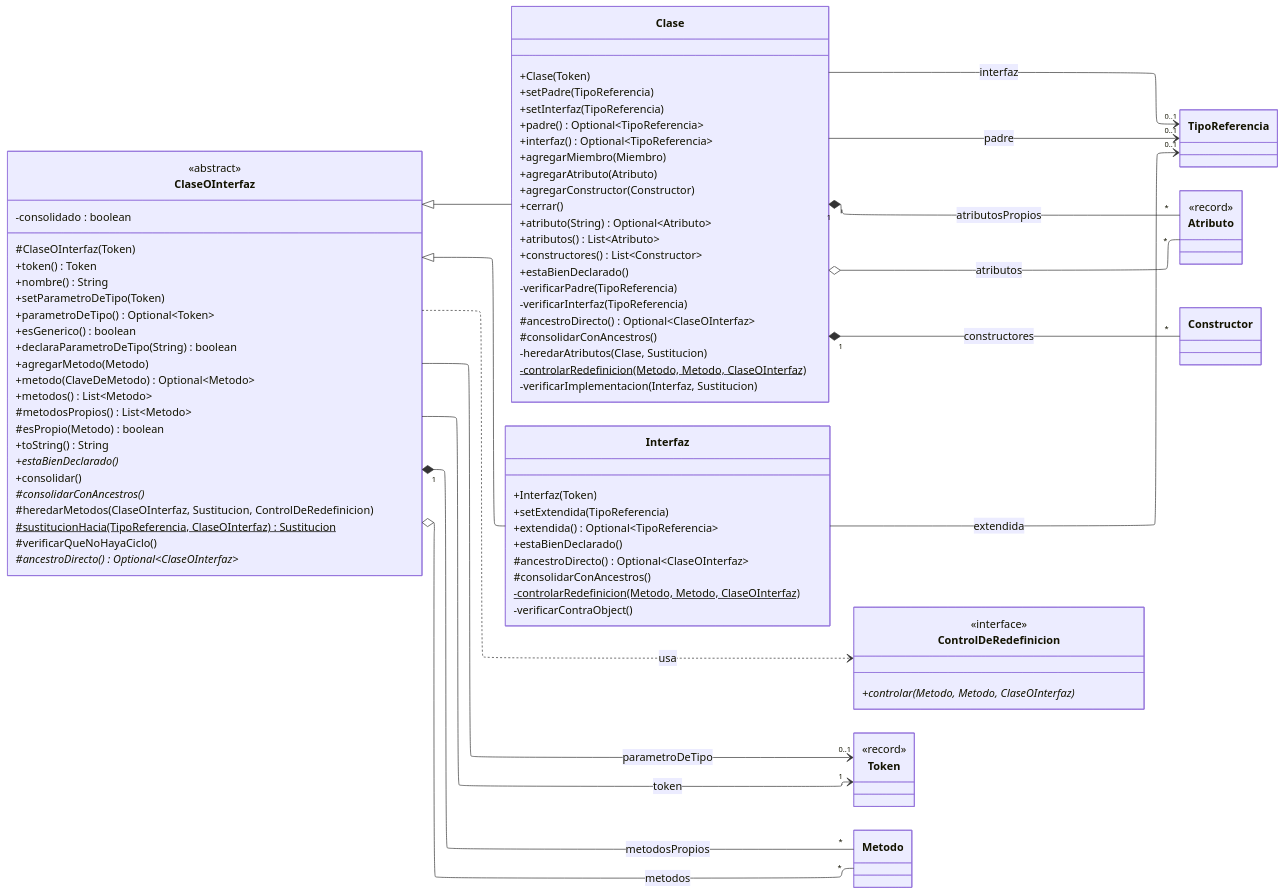
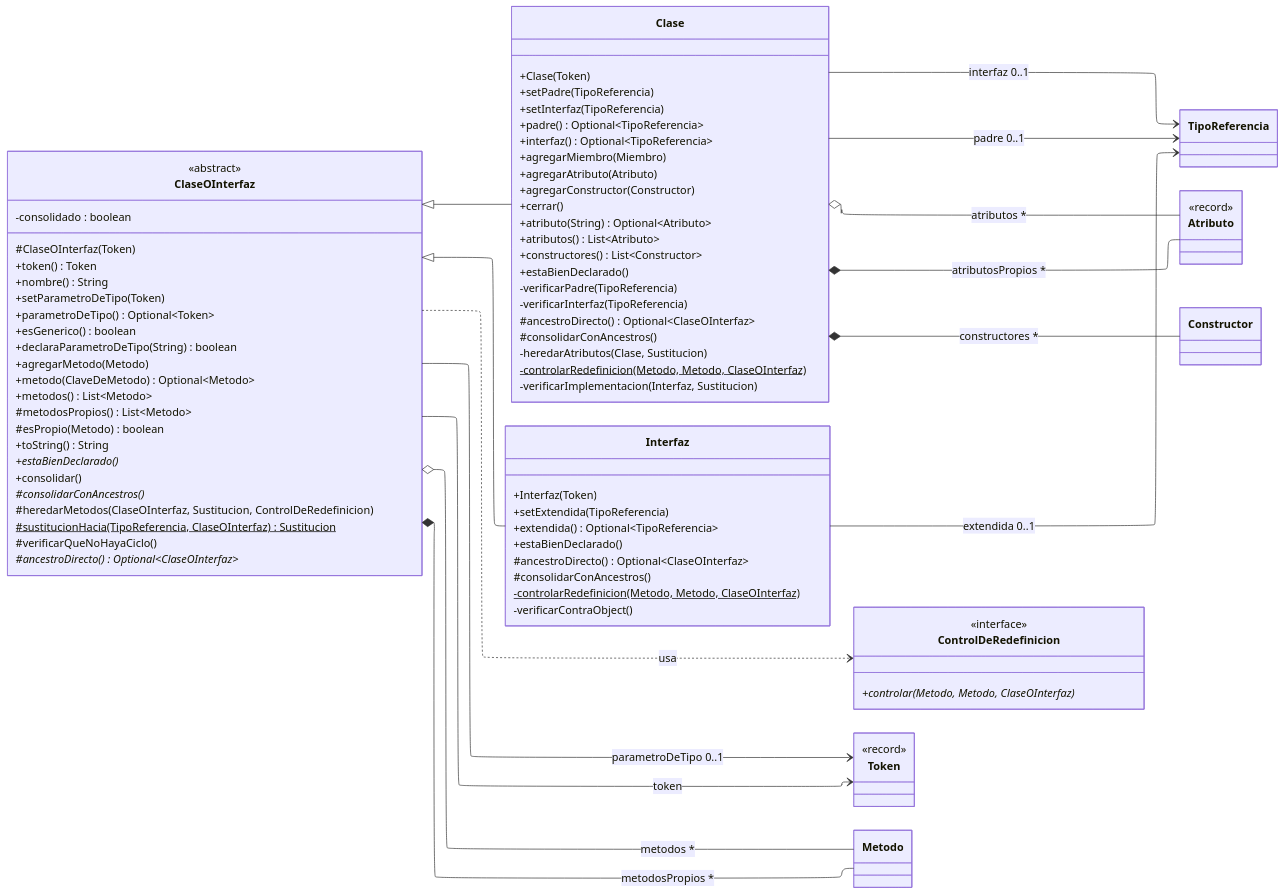
One commit to agustinpaul0/Proyecto-CEI changed the third of 5 diagrams in documentacion/semantico/arquitectura-del-analizador-semantico.md. Above: the diagram before and after it, drawn with Mermaid. The commit also changed other lines of this file and 8 other files, not shown here.

````diff
--- a/documentacion/semantico/arquitectura-del-analizador-semantico.md
+++ b/documentacion/semantico/arquitectura-del-analizador-semantico.md
@@ -207,14 +208,14 @@
     ClaseOInterfaz <|-- Clase
     ClaseOInterfaz <|-- Interfaz
     ClaseOInterfaz ..> ControlDeRedefinicion : usa
-    ClaseOInterfaz --> "1" Token : token
-    ClaseOInterfaz --> "0..1" Token : parametroDeTipo
-    ClaseOInterfaz "1" *-- "*" Metodo : metodosPropios
-    ClaseOInterfaz o-- "*" Metodo : metodos
-    Clase --> "0..1" TipoReferencia : padre
-    Clase --> "0..1" TipoReferencia : interfaz
-    Clase "1" *-- "*" Atributo : atributosPropios
-    Clase o-- "*" Atributo : atributos
-    Clase "1" *-- "*" Constructor : constructores
-    Interfaz --> "0..1" TipoReferencia : extendida
+    ClaseOInterfaz --> Token : token
+    ClaseOInterfaz --> Token : parametroDeTipo 0..1
+    ClaseOInterfaz *-- Metodo : metodosPropios *
+    ClaseOInterfaz o-- Metodo : metodos *
+    Clase --> TipoReferencia : padre 0..1
+    Clase --> TipoReferencia : interfaz 0..1
+    Clase *-- Atributo : atributosPropios *
+    Clase o-- Atributo : atributos *
+    Clase *-- Constructor : constructores *
+    Interfaz --> TipoReferencia : extendida 0..1
 ```
````
